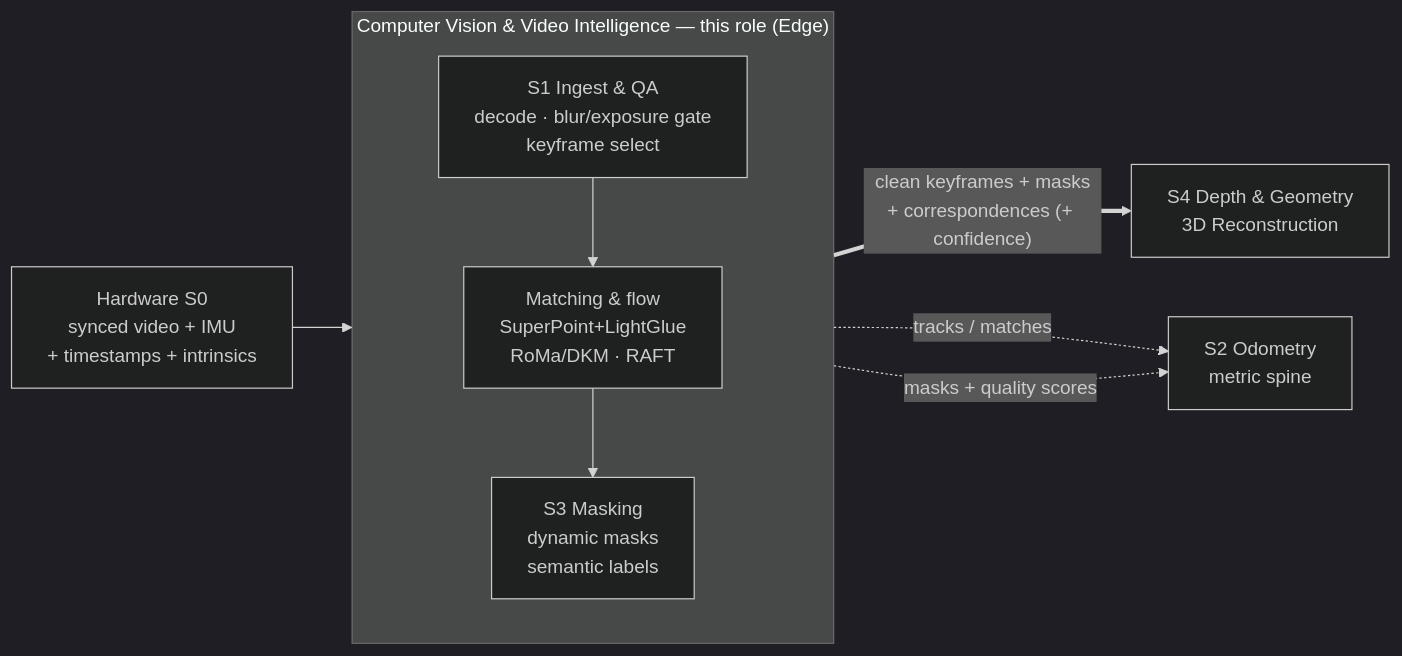
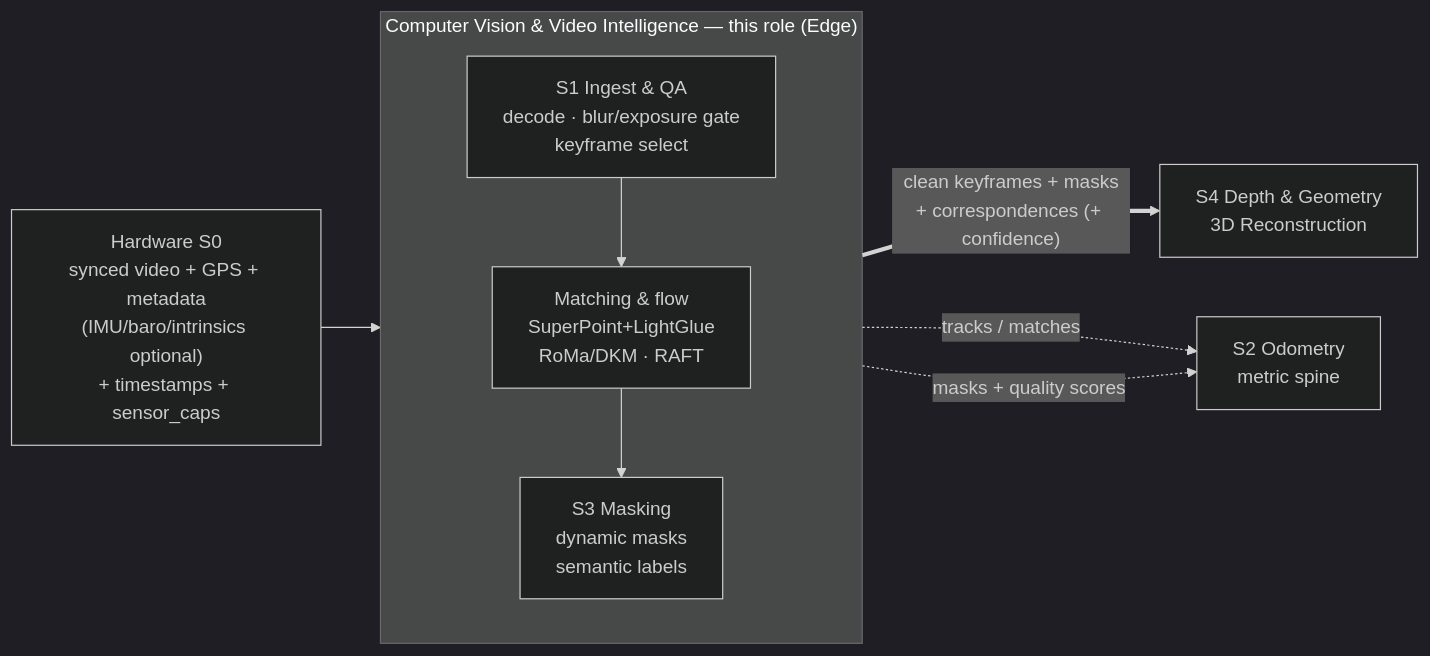
Before and after one commit to suryanarayan100406/rtos: the diagram in docs/roles/2-computer-vision-video-intelligence.md, drawn with Mermaid (dark theme). The commit also changed other lines of this file and 17 other files, not shown here.

````diff
--- a/docs/roles/2-computer-vision-video-intelligence.md
+++ b/docs/roles/2-computer-vision-video-intelligence.md
@@ -85,15 +99,15 @@
 ```mermaid
 flowchart LR
-  S0["Hardware S0<br/>synced video + IMU<br/>+ timestamps + intrinsics"]
+  S0["Hardware S0<br/>synced video + GPS + metadata<br/>(IMU/baro/intrinsics optional)<br/>+ timestamps + sensor_caps"]
   subgraph CV["Computer Vision & Video Intelligence — this role (Edge)"]
     direction TB
     S1["S1 Ingest & QA<br/>decode · blur/exposure gate<br/>keyframe select"]
     MF["Matching & flow<br/>SuperPoint+LightGlue<br/>RoMa/DKM · RAFT"]
     S3["S3 Masking<br/>dynamic masks<br/>semantic labels"]
     S1 --> MF --> S3
   end
   S0 --> S1
   S3 ==>|"clean keyframes + masks<br/>+ correspondences (+ confidence)"| S4["S4 Depth & Geometry<br/>3D Reconstruction"]
   MF -.->|"tracks / matches"| S2["S2 Odometry<br/>metric spine"]
   S3 -.->|"masks + quality scores"| S2
 ```
````
